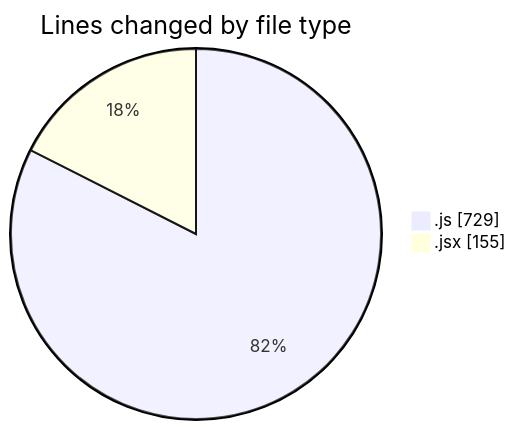
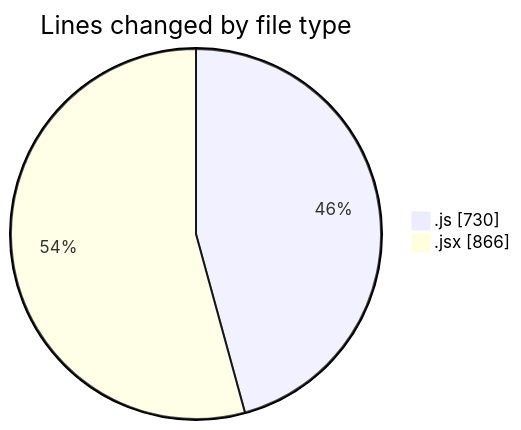
Before and after one commit to nxtqubesakshisongat/code-tracking: the first of 2 diagrams in 2025-08-29/nxtqube_webapp/README.md, drawn with Mermaid. The commit also changed other lines of this file and 1 other file, not shown here.

````diff
--- a/2025-08-29/nxtqube_webapp/README.md
+++ b/2025-08-29/nxtqube_webapp/README.md
@@ -21,6 +22,6 @@
 ```mermaid
 pie showData
 title Lines changed by file type
-".js" : 729
-".jsx" : 155
+".js" : 730
+".jsx" : 866
 ```
````
